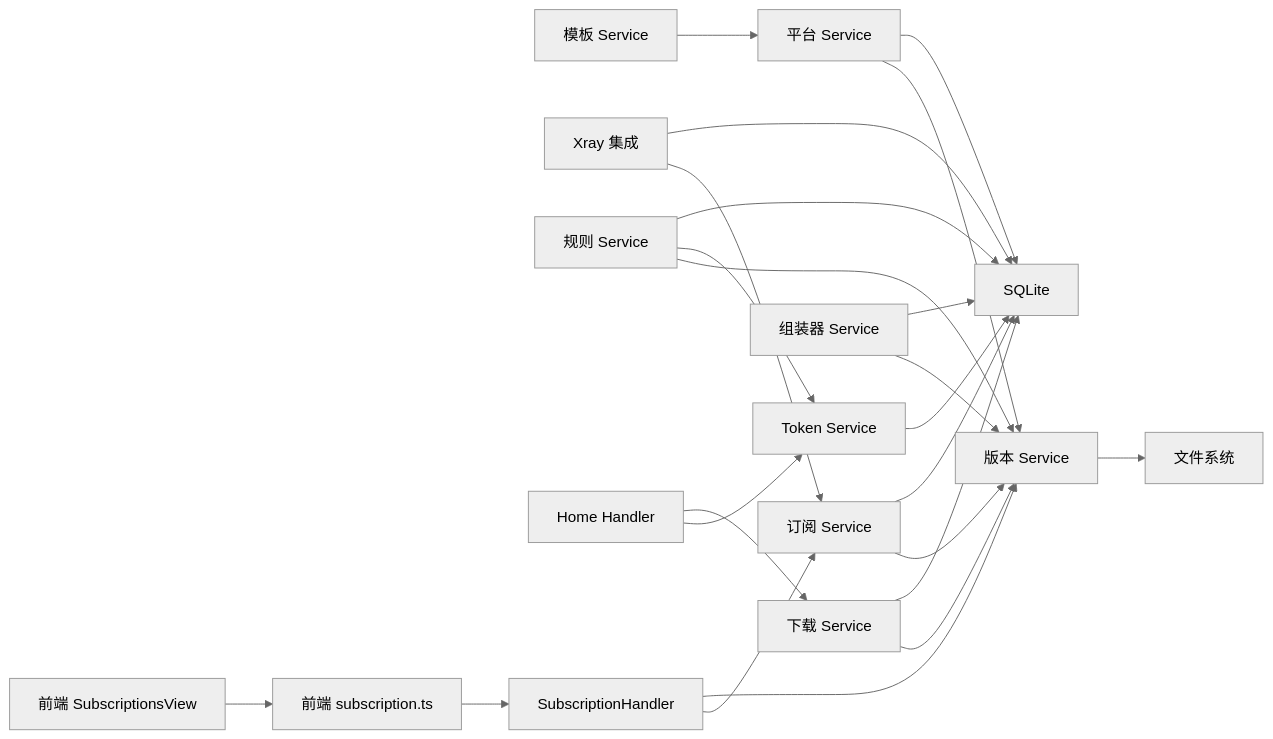
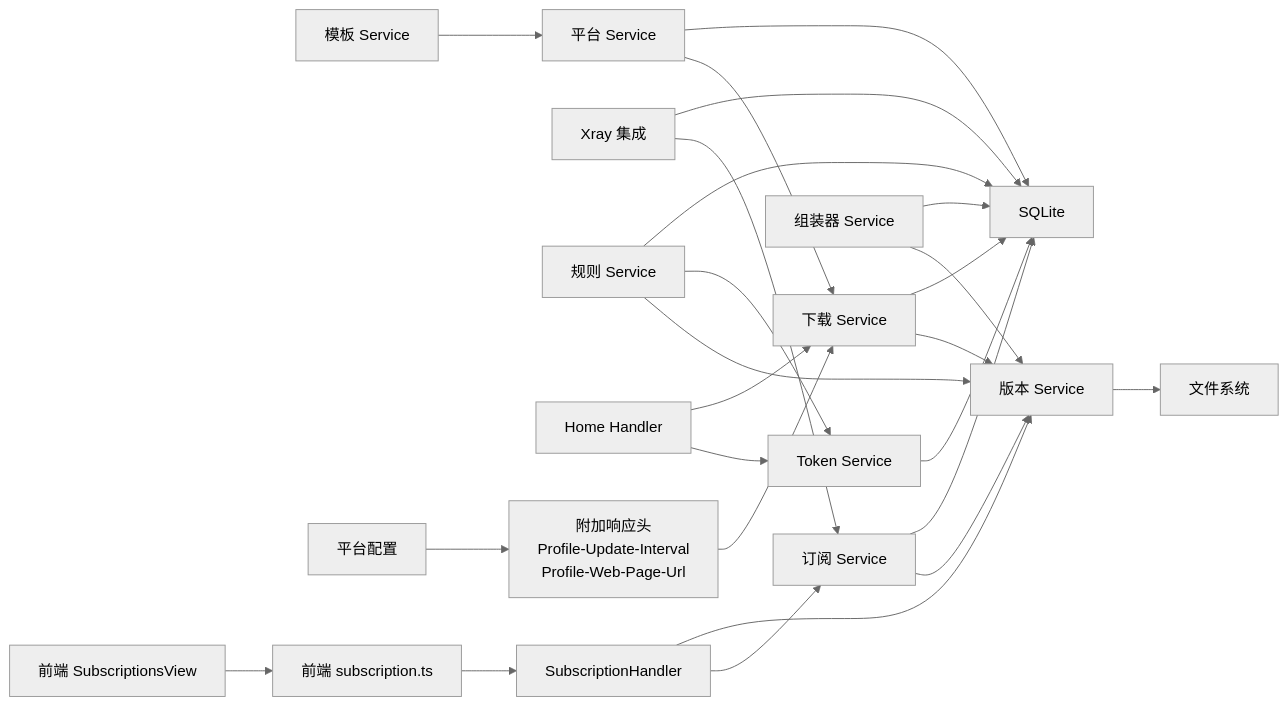
Before and after one commit to AlcaProphet/VPN-Subscription-Management: diagram 11 of 11 in .qoder/repowiki/zh/content/核心功能模块/订阅管理系统.md, drawn with Mermaid (neutral theme). The commit also changed other lines of this file and 102 other files, not shown here.

````diff
--- a/.qoder/repowiki/zh/content/核心功能模块/订阅管理系统.md
+++ b/.qoder/repowiki/zh/content/核心功能模块/订阅管理系统.md
@@ -540,25 +569,27 @@
 ```mermaid
 graph LR
 Sub["订阅 Service"] --> Ver["版本 Service"]
 Sub --> DB["SQLite"]
 Ver --> FS["文件系统"]
 DL["下载 Service"] --> Ver
 DL --> DB
-Plat["平台 Service"] --> Ver
+Plat["平台 Service"] --> DL
 Plat --> DB
 Tok["Token Service"] --> DB
 Asm["组装器 Service"] --> Ver
 Asm --> DB
 Template["模板 Service"] --> Plat
 Xray["Xray 集成"] --> Sub
 Xray --> DB
 Rule["规则 Service"] --> Ver
 Rule --> Tok
 Rule --> DB
 HOME["Home Handler"] --> Tok
 HOME --> DL
+PLATFORM["平台配置"] --> HEADERS["附加响应头<br/>Profile-Update-Interval<br/>Profile-Web-Page-Url"]
+HEADERS --> DL
 FE["前端 SubscriptionsView"] --> API["前端 subscription.ts"]
 API --> Srv["SubscriptionHandler"]
 Srv --> Sub
 Srv --> Ver
 ```
````
